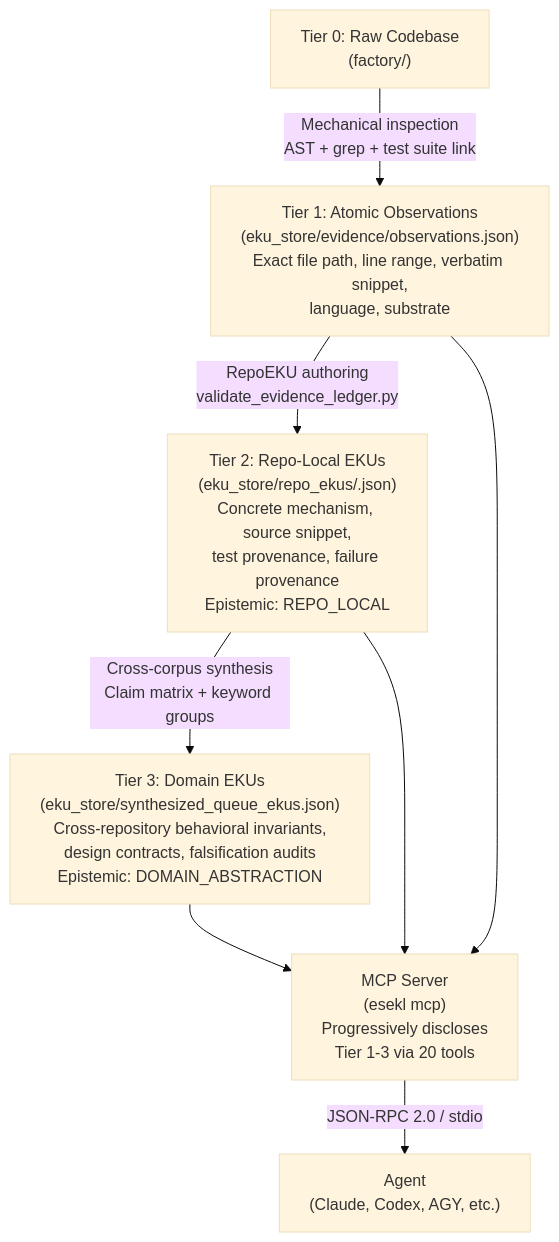
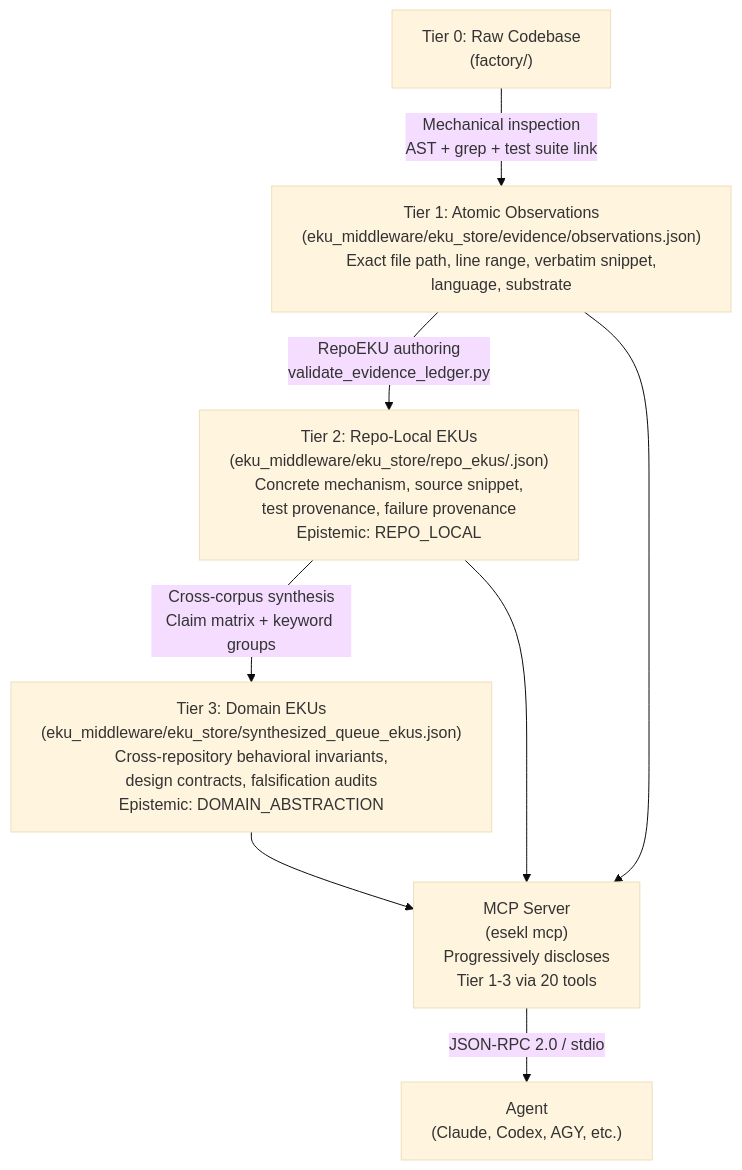
Before and after one commit to KeshavJha2002/ESEKL: the diagram in README.md, drawn with Mermaid (base theme). The commit also changed other lines of this file and 86 other files, not shown here.

Commit message:
refractor: moved the eku_store to be shipped with the package to reduce UX friction

````diff
--- a/README.md
+++ b/README.md
@@ -29,17 +29,17 @@
 ```mermaid
 flowchart TD
     A["Tier 0: Raw Codebase\n(factory/<repo>)"]
-    B["Tier 1: Atomic Observations\n(eku_store/evidence/observations.json)\nExact file path, line range, verbatim snippet,\nlanguage, substrate"]
-    C["Tier 2: Repo-Local EKUs\n(eku_store/repo_ekus/<repo>.json)\nConcrete mechanism, source snippet,\ntest provenance, failure provenance\nEpistemic: REPO_LOCAL"]
-    D["Tier 3: Domain EKUs\n(eku_store/synthesized_queue_ekus.json)\nCross-repository behavioral invariants,\ndesign contracts, falsification audits\nEpistemic: DOMAIN_ABSTRACTION"]
+    B["Tier 1: Atomic Observations\n(eku_middleware/eku_store/evidence/observations.json)\nExact file path, line range, verbatim snippet,\nlanguage, substrate"]
+    C["Tier 2: Repo-Local EKUs\n(eku_middleware/eku_store/repo_ekus/<repo>.json)\nConcrete mechanism, source snippet,\ntest provenance, failure provenance\nEpistemic: REPO_LOCAL"]
+    D["Tier 3: Domain EKUs\n(eku_middleware/eku_store/synthesized_queue_ekus.json)\nCross-repository behavioral invariants,\ndesign contracts, falsification audits\nEpistemic: DOMAIN_ABSTRACTION"]
     E["MCP Server\n(esekl mcp)\nProgressively discloses\nTier 1-3 via 20 tools"]
     F["Agent\n(Claude, Codex, AGY, etc.)"]
 
     A -->|"Mechanical inspection\nAST + grep + test suite link"| B
     B -->|"RepoEKU authoring\nvalidate_evidence_ledger.py"| C
     C -->|"Cross-corpus synthesis\nClaim matrix + keyword groups"| D
     D --> E
     C --> E
     B --> E
     E -->|"JSON-RPC 2.0 / stdio"| F
 ```
````
